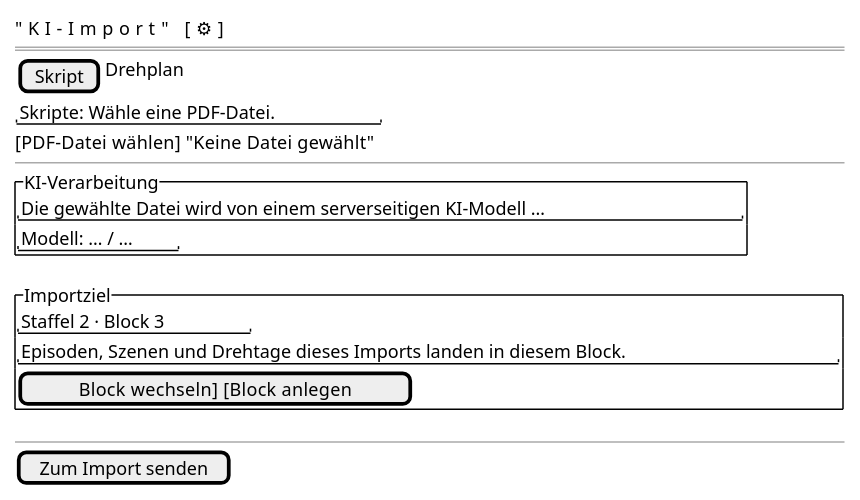
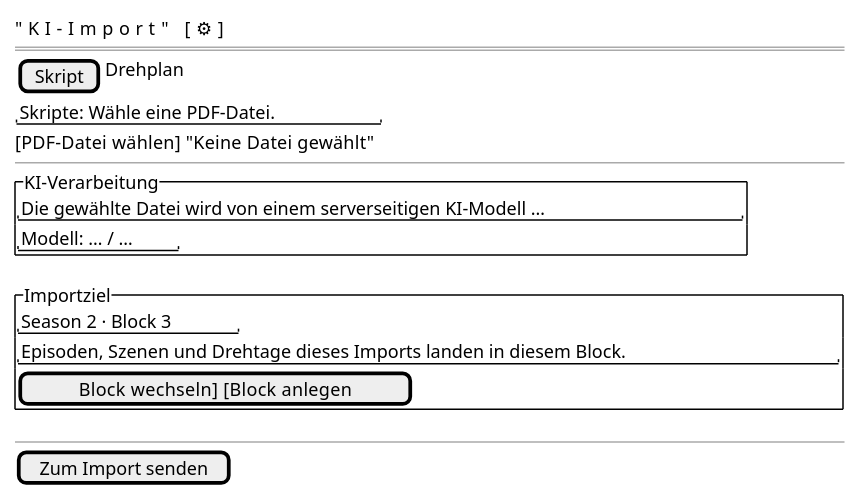
One commit to tradem/breakdown-rs changed the diagram in docs/design/screens/ai-import-submit.md. Above: the diagram before and after it, drawn with PlantUML. The commit also changed other lines of this file and 51 other files, not shown here.

````diff
--- a/docs/design/screens/ai-import-submit.md
+++ b/docs/design/screens/ai-import-submit.md
@@ -37,21 +37,21 @@
 ```plantuml
 @startsalt
 {
   "KI-Import"                  [⚙]
   ==
   { [Skript] | Drehplan }
   "Skripte: Wähle eine PDF-Datei."
   [PDF-Datei wählen]   "Keine Datei gewählt"
   --
   {^ "KI-Verarbeitung"
      "Die gewählte Datei wird von einem serverseitigen KI-Modell …"
      "Modell: … / …" }
   {^ "Importziel"
-     "Staffel 2 · Block 3"
+     "Season 2 · Block 3"
      "Episoden, Szenen und Drehtage dieses Imports landen in diesem Block."
      [Block wechseln]   [Block anlegen] }
   --
   [Zum Import senden]
 }
 @endsalt
 ```
````
